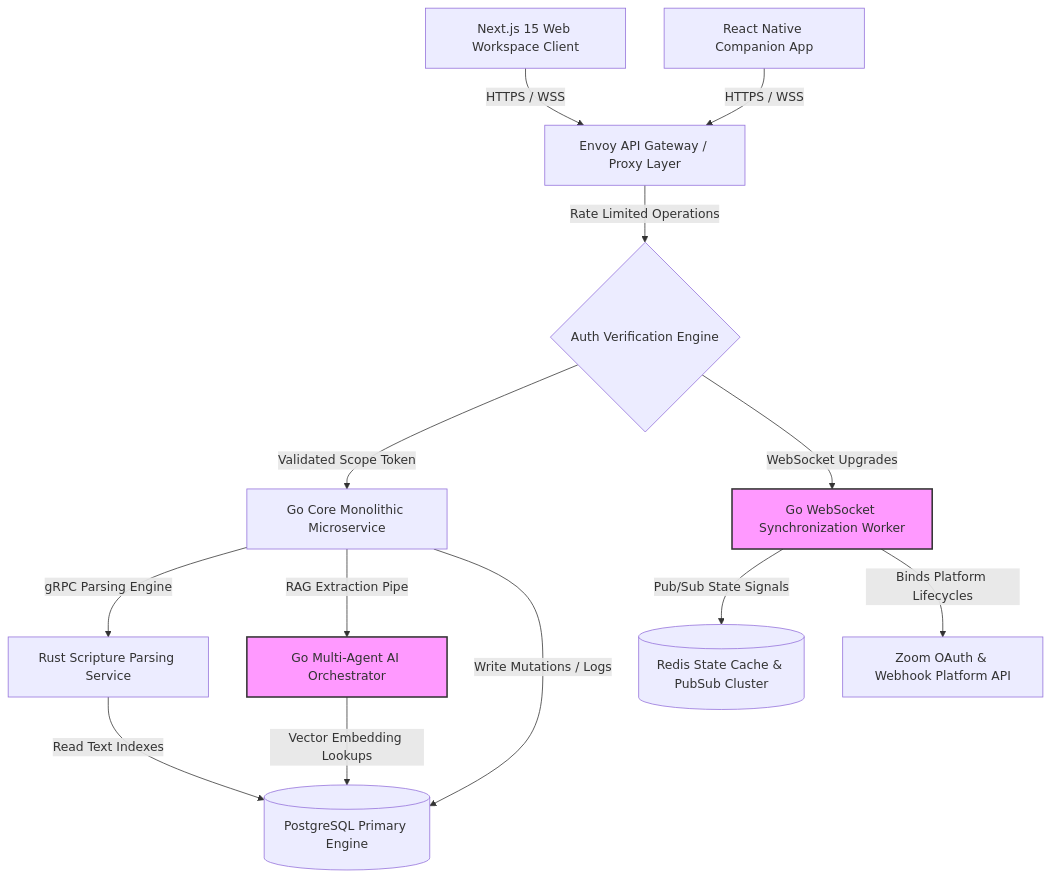
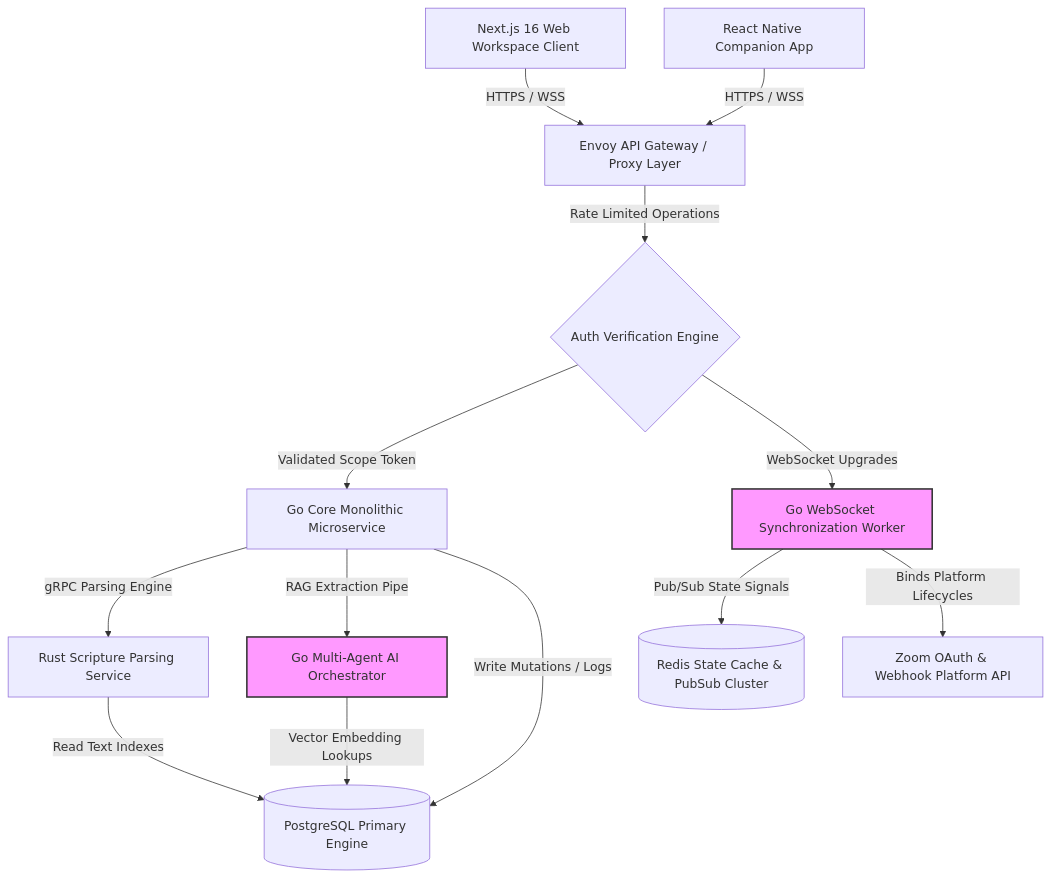
The diagram in SF-architecture.md (dominator509/ScriptureForgeAI), drawn with Mermaid before and after one commit. The commit also changed other lines of this file and 31 other files, not shown here.

````diff
--- a/SF-architecture.md
+++ b/SF-architecture.md
@@ -150,29 +157,29 @@
 ```mermaid
 graph TD
     %% Client Tier
-    WebClient[Next.js 15 Web Workspace Client] -->|HTTPS / WSS| Gateway[Envoy API Gateway / Proxy Layer]
+    WebClient[Next.js 16 Web Workspace Client] -->|HTTPS / WSS| Gateway[Envoy API Gateway / Proxy Layer]
     MobileClient[React Native Companion App] -->|HTTPS / WSS| Gateway
 
     %% Gateway Layer
     Gateway -->|Rate Limited Operations| AuthMiddleware{Auth Verification Engine}
     
     %% Service Infrastructure Tier (Go Core)
     AuthMiddleware -->|Validated Scope Token| CoreAPI[Go Core Monolithic Microservice]
     AuthMiddleware -->|WebSocket Upgrades| LiveSync[Go WebSocket Synchronization Worker]
     
     %% Compute / AI Engine Tier
     CoreAPI -->|gRPC Parsing Engine| ScriptureRust[Rust Scripture Parsing Service]
     CoreAPI -->|RAG Extraction Pipe| AIOrchestrator[Go Multi-Agent AI Orchestrator]
     
     %% Synchronization Infrastructure
     LiveSync -->|Pub/Sub State Signals| RedisCluster[(Redis State Cache & PubSub Cluster)]
     LiveSync -->|Binds Platform Lifecycles| ZoomPlatform[Zoom OAuth & Webhook Platform API]
 
     %% Storage Core
     ScriptureRust -->|Read Text Indexes| PostgresDB[(PostgreSQL Primary Engine)]
     AIOrchestrator -->|Vector Embedding Lookups| PostgresDB
     CoreAPI -->|Write Mutations / Logs| PostgresDB
     
     classDef focus fill:#f9f,stroke:#333,stroke-width:2px;
     class AIOrchestrator,LiveSync focus;
 ```
````
